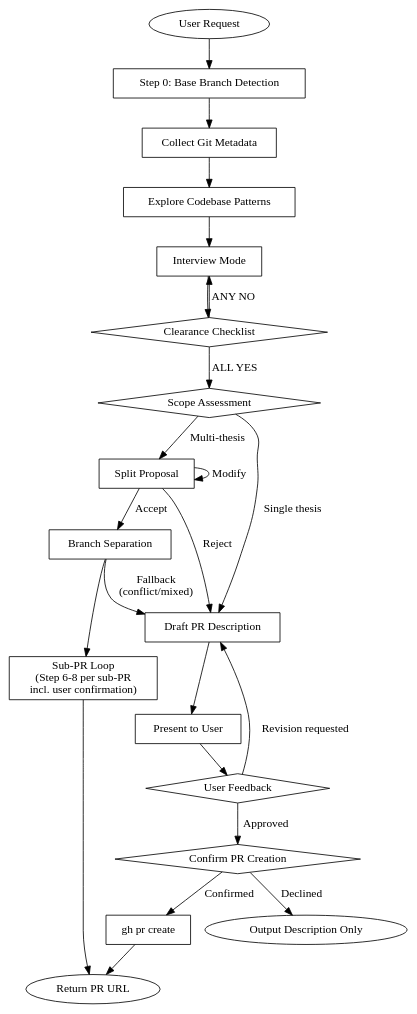
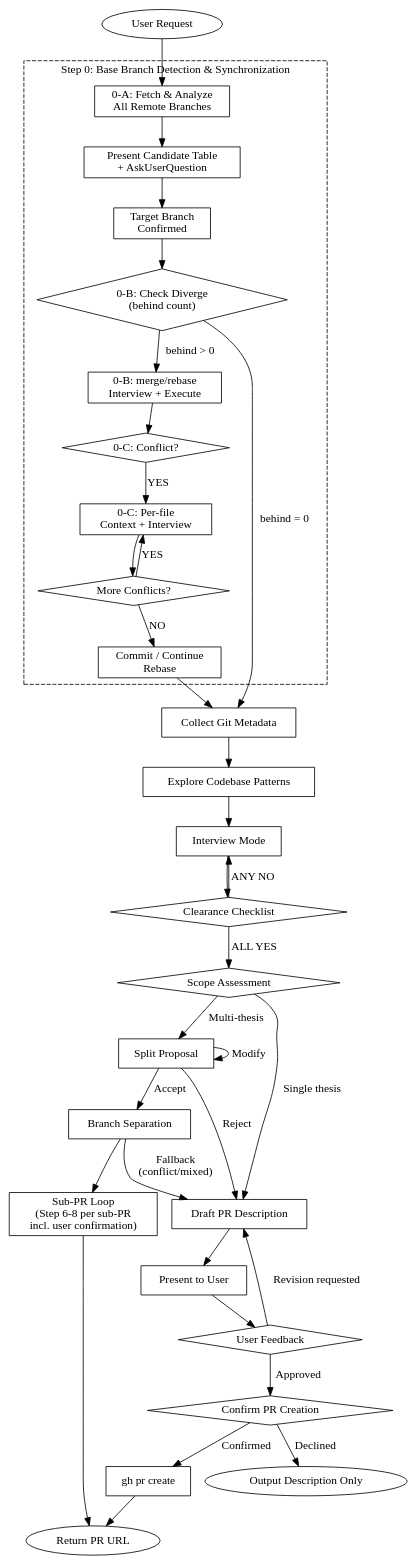
The diagram in skills/make-pr/SKILL.md (toongri/oh-my-toong-playground), drawn with Graphviz before and after one commit. The commit also changed other lines of this file, not shown here.

Commit message:
feat: make-pr Step 0 base branch 감지·동기화 확장

````diff
--- a/skills/make-pr/SKILL.md
+++ b/skills/make-pr/SKILL.md
@@ -61,46 +61,71 @@
 ```dot
 digraph make_pr_flow {
     rankdir=TB;
 
     "User Request" [shape=ellipse];
-    "Step 0: Base Branch Detection" [shape=box];
+
+    subgraph cluster_step0 {
+        label="Step 0: Base Branch Detection & Synchronization";
+        style=dashed;
+        "0-A: Fetch & Analyze\nAll Remote Branches" [shape=box];
+        "Present Candidate Table\n+ AskUserQuestion" [shape=box];
+        "Target Branch\nConfirmed" [shape=box];
+        "0-B: Check Diverge\n(behind count)" [shape=diamond];
+        "0-B: merge/rebase\nInterview + Execute" [shape=box];
+        "0-C: Conflict?" [shape=diamond];
+        "0-C: Per-file\nContext + Interview" [shape=box];
+        "More Conflicts?" [shape=diamond];
+        "Commit / Continue\nRebase" [shape=box];
+
+        "0-A: Fetch & Analyze\nAll Remote Branches" -> "Present Candidate Table\n+ AskUserQuestion";
+        "Present Candidate Table\n+ AskUserQuestion" -> "Target Branch\nConfirmed";
+        "Target Branch\nConfirmed" -> "0-B: Check Diverge\n(behind count)";
+        "0-B: Check Diverge\n(behind count)" -> "0-B: merge/rebase\nInterview + Execute" [label="behind > 0"];
+        "0-B: merge/rebase\nInterview + Execute" -> "0-C: Conflict?";
+        "0-C: Conflict?" -> "0-C: Per-file\nContext + Interview" [label="YES"];
+        "0-C: Per-file\nContext + Interview" -> "More Conflicts?";
+        "More Conflicts?" -> "0-C: Per-file\nContext + Interview" [label="YES"];
+        "More Conflicts?" -> "Commit / Continue\nRebase" [label="NO"];
+    }
+
     "Collect Git Metadata" [shape=box];
     "Explore Codebase Patterns" [shape=box];
     "Interview Mode" [shape=box];
     "Clearance Checklist" [shape=diamond];
     "Scope Assessment" [shape=diamond];
     "Split Proposal" [shape=box];
     "Branch Separation" [shape=box];
     "Sub-PR Loop\n(Step 6-8 per sub-PR\nincl. user confirmation)" [shape=box];
     "Draft PR Description" [shape=box];
     "Present to User" [shape=box];
     "User Feedback" [shape=diamond];
     "Confirm PR Creation" [shape=diamond];
     "gh pr create" [shape=box];
     "Return PR URL" [shape=ellipse];
     "Output Description Only" [shape=ellipse];
 
-    "User Request" -> "Step 0: Base Branch Detection";
-    "Step 0: Base Branch Detection" -> "Collect Git Metadata";
+    "User Request" -> "0-A: Fetch & Analyze\nAll Remote Branches";
+    "0-B: Check Diverge\n(behind count)" -> "Collect Git Metadata" [label="behind = 0"];
+    "Commit / Continue\nRebase" -> "Collect Git Metadata";
     "Collect Git Metadata" -> "Explore Codebase Patterns";
     "Explore Codebase Patterns" -> "Interview Mode";
     "Interview Mode" -> "Clearance Checklist";
     "Clearance Checklist" -> "Interview Mode" [label="ANY NO"];
     "Clearance Checklist" -> "Scope Assessment" [label="ALL YES"];
     "Scope Assessment" -> "Draft PR Description" [label="Single thesis"];
     "Scope Assessment" -> "Split Proposal" [label="Multi-thesis"];
     "Split Proposal" -> "Branch Separation" [label="Accept"];
     "Split Proposal" -> "Draft PR Description" [label="Reject"];
     "Split Proposal" -> "Split Proposal" [label="Modify"];
     "Branch Separation" -> "Sub-PR Loop\n(Step 6-8 per sub-PR\nincl. user confirmation)";
     "Branch Separation" -> "Draft PR Description" [label="Fallback\n(conflict/mixed)"];
     "Sub-PR Loop\n(Step 6-8 per sub-PR\nincl. user confirmation)" -> "Return PR URL";
     "Draft PR Description" -> "Present to User";
     "Present to User" -> "User Feedback";
     "User Feedback" -> "Draft PR Description" [label="Revision requested"];
     "User Feedback" -> "Confirm PR Creation" [label="Approved"];
     "Confirm PR Creation" -> "Output Description Only" [label="Declined"];
     "Confirm PR Creation" -> "gh pr create" [label="Confirmed"];
     "gh pr create" -> "Return PR URL";
 }
 ```
````
